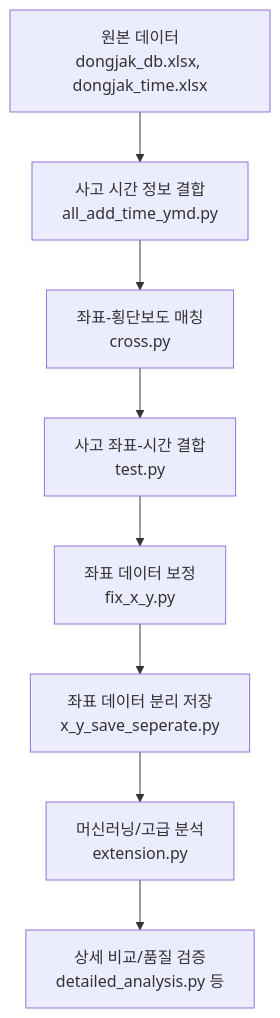
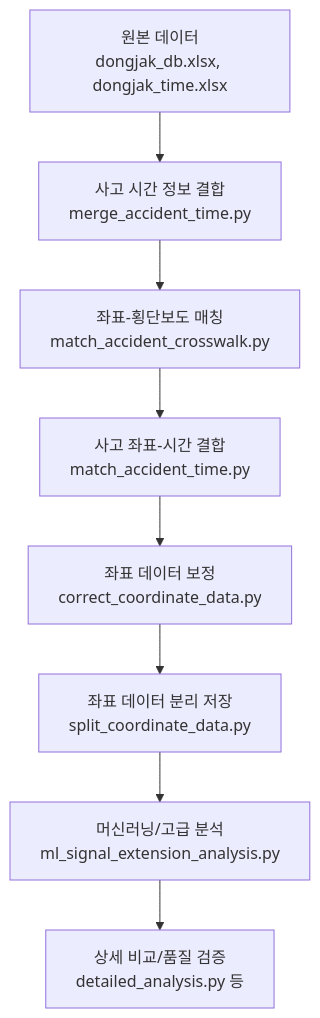
The diagram in README.md (hotbari/crosswalk-safety-model), drawn with Mermaid before and after one commit. The commit also changed other lines of this file and 9 other files, not shown here.

````diff
--- a/README.md
+++ b/README.md
@@ -53,19 +76,19 @@
 ```mermaid
 flowchart TD
     A[원본 데이터<br>dongjak_db.xlsx, dongjak_time.xlsx]
-    B[사고 시간 정보 결합<br>all_add_time_ymd.py]
-    C[좌표-횡단보도 매칭<br>cross.py]
-    D[사고 좌표-시간 결합<br>test.py]
-    E[좌표 데이터 보정<br>fix_x_y.py]
-    F[좌표 데이터 분리 저장<br>x_y_save_seperate.py]
-    G[머신러닝/고급 분석<br>extension.py]
+    B[사고 시간 정보 결합<br>merge_accident_time.py]
+    C[좌표-횡단보도 매칭<br>match_accident_crosswalk.py]
+    D[사고 좌표-시간 결합<br>match_accident_time.py]
+    E[좌표 데이터 보정<br>correct_coordinate_data.py]
+    F[좌표 데이터 분리 저장<br>split_coordinate_data.py]
+    G[머신러닝/고급 분석<br>ml_signal_extension_analysis.py]
     H[상세 비교/품질 검증<br>detailed_analysis.py 등]
 
     A --> B
     B --> C
     C --> D
     D --> E
     E --> F
     F --> G
     G --> H
 ```
````
